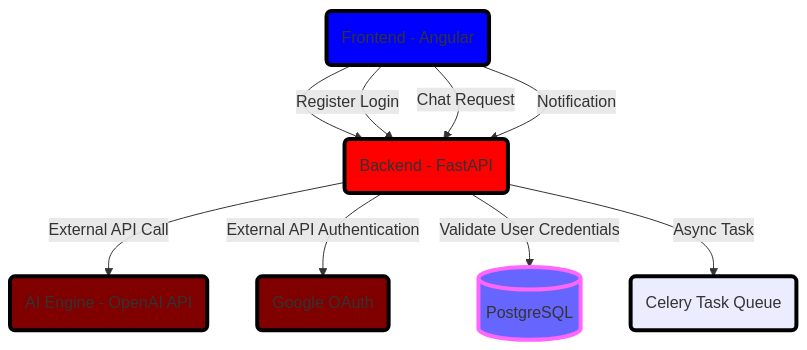
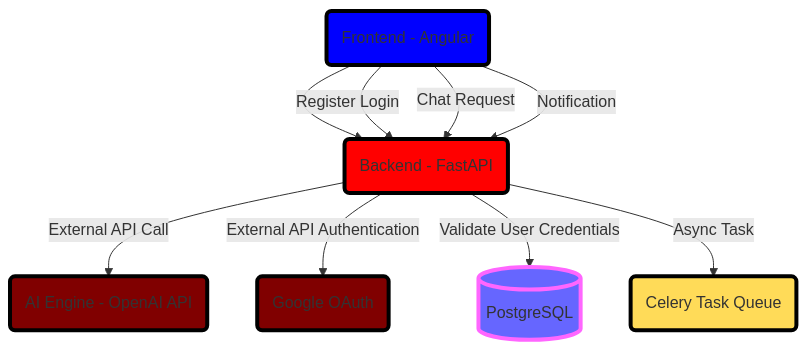
The diagram in mermaid.md (Joy-Ese/JayBank-Support-App), drawn with Mermaid before and after one commit.

````diff
--- a/mermaid.md
+++ b/mermaid.md
@@ -2,18 +2,18 @@
 ``` mermaid
 flowchart TD;
     FE("Frontend - Angular") --> BE("Backend - FastAPI")
     BE -->|External API Call| AI("AI Engine - OpenAI API")
     BE -->|External API Authentication| JWT("Google OAuth")
     FE -->|Register Login| BE
     FE -->|Chat Request| BE
     FE -->|Notification| BE
     BE -->|Validate User Credentials| Database[(PostgreSQL)]
     BE -->|Async Task| Queue("Celery Task Queue")
 
     style Database fill:#66f,stroke:#f6f,stroke-width:4px
     style FE fill:blue,stroke:black,stroke-width:4px,shadow:shadow
     style BE fill:red,stroke:black,stroke-width:4px,shadow:shadow
     style AI fill:maroon,stroke:black,stroke-width:4px,shadow:shadow
     style JWT fill:maroon,stroke:black,stroke-width:4px,shadow:shadow
-    style Queue fill:mustard,stroke:black,stroke-width:4px,shadow:shadow
+    style Queue fill:#FFDB58,stroke:black,stroke-width:4px,shadow:shadow
 ```
````
